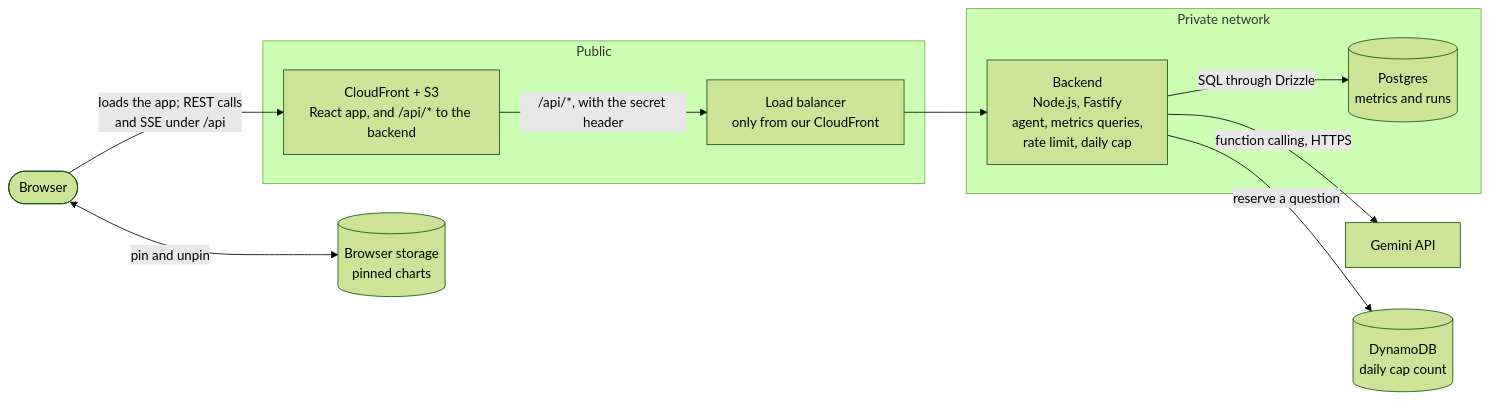
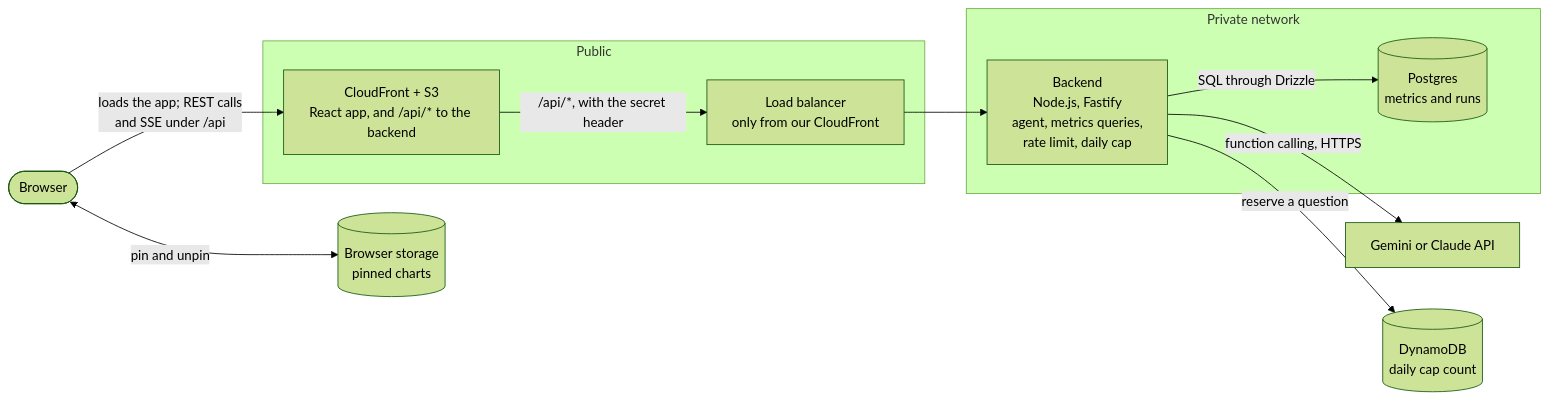
The second of 8 diagrams in docs/design.md (vovadyach/dashgen), drawn with Mermaid (forest theme) before and after one commit. The commit also changed other lines of this file and 46 other files, not shown here.

Commit message:
feat: AI_MODEL picks Gemini or Claude Haiku 5.5, with a Claude adapter on Anthropic's SDK

````diff
--- a/docs/design.md
+++ b/docs/design.md
@@ -117,25 +117,25 @@
 ```mermaid
 flowchart LR
     browser(["Browser"])
     pins[("Browser storage<br/>pinned charts")]
-    gemini["Gemini API"]
+    model["Gemini or Claude API"]
     cap[("DynamoDB<br/>daily cap count")]
 
     subgraph public ["Public"]
         cdn["CloudFront + S3<br/>React app, and /api/* to the backend"]
         alb["Load balancer<br/>only from our CloudFront"]
     end
 
     subgraph private ["Private network"]
         backend["Backend<br/>Node.js, Fastify<br/>agent, metrics queries,<br/>rate limit, daily cap"]
         db[("Postgres<br/>metrics and runs")]
     end
 
     browser -->|"loads the app; REST calls<br/>and SSE under /api"| cdn
     cdn -->|"/api/*, with the secret header"| alb
     browser <-->|"pin and unpin"| pins
     alb --> backend
-    backend -->|"function calling, HTTPS"| gemini
+    backend -->|"function calling, HTTPS"| model
     backend -->|"reserve a question"| cap
     backend -->|"SQL through Drizzle"| db
 ```
````
